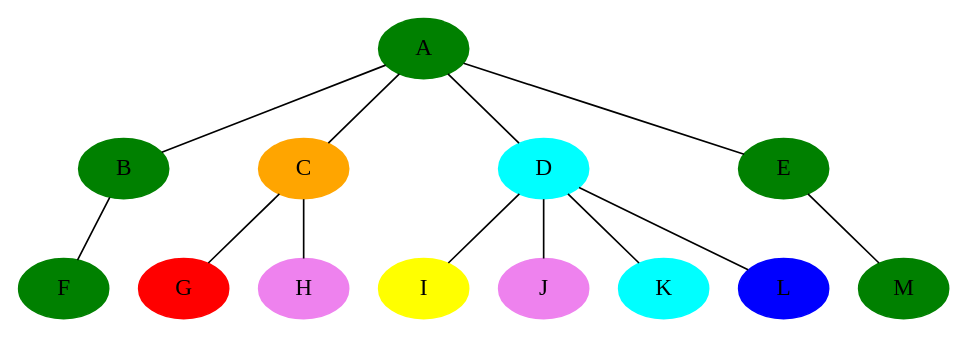
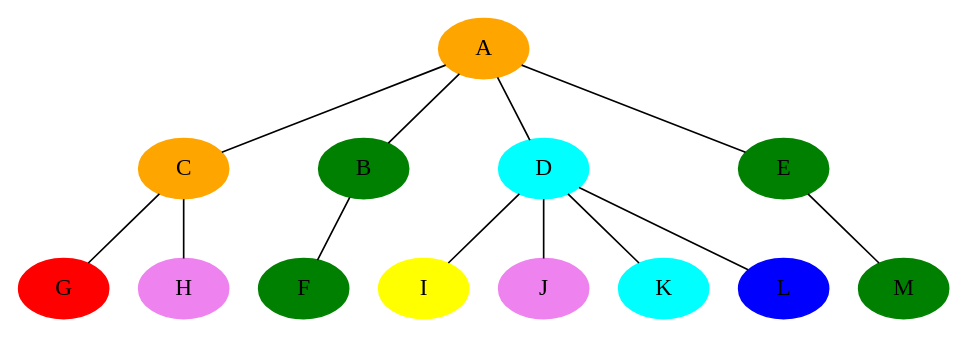
Before and after one commit to kuredatan/2016report: the diagram in illustrations/inducedtree.dot, drawn with Graphviz. The commit also changed other lines of this file and 1 other file, not shown here.

```diff
--- a/illustrations/inducedtree.dot
+++ b/illustrations/inducedtree.dot
@@ -1,24 +1,24 @@
 graph g {
+node [style=filled color=orange]
+A -- C;
 node [style=filled color=green]
 A -- B;
 B -- F;
-node [style=filled color=orange]
-A -- C;
 node [style=filled color=red]
 C -- G;
 node [style=filled color=violet]
 C -- H;
 node [style=filled color=cyan]
 A -- D;
 node [style=filled color=yellow]
 D -- I;
 node [style=filled color=violet]
 D -- J;
 node [style=filled color=cyan]
 D -- K;
 node [style=filled color=blue];
 D -- L;
 node [style=filled color=green]
 A -- E;
 E -- M;
 }
```
